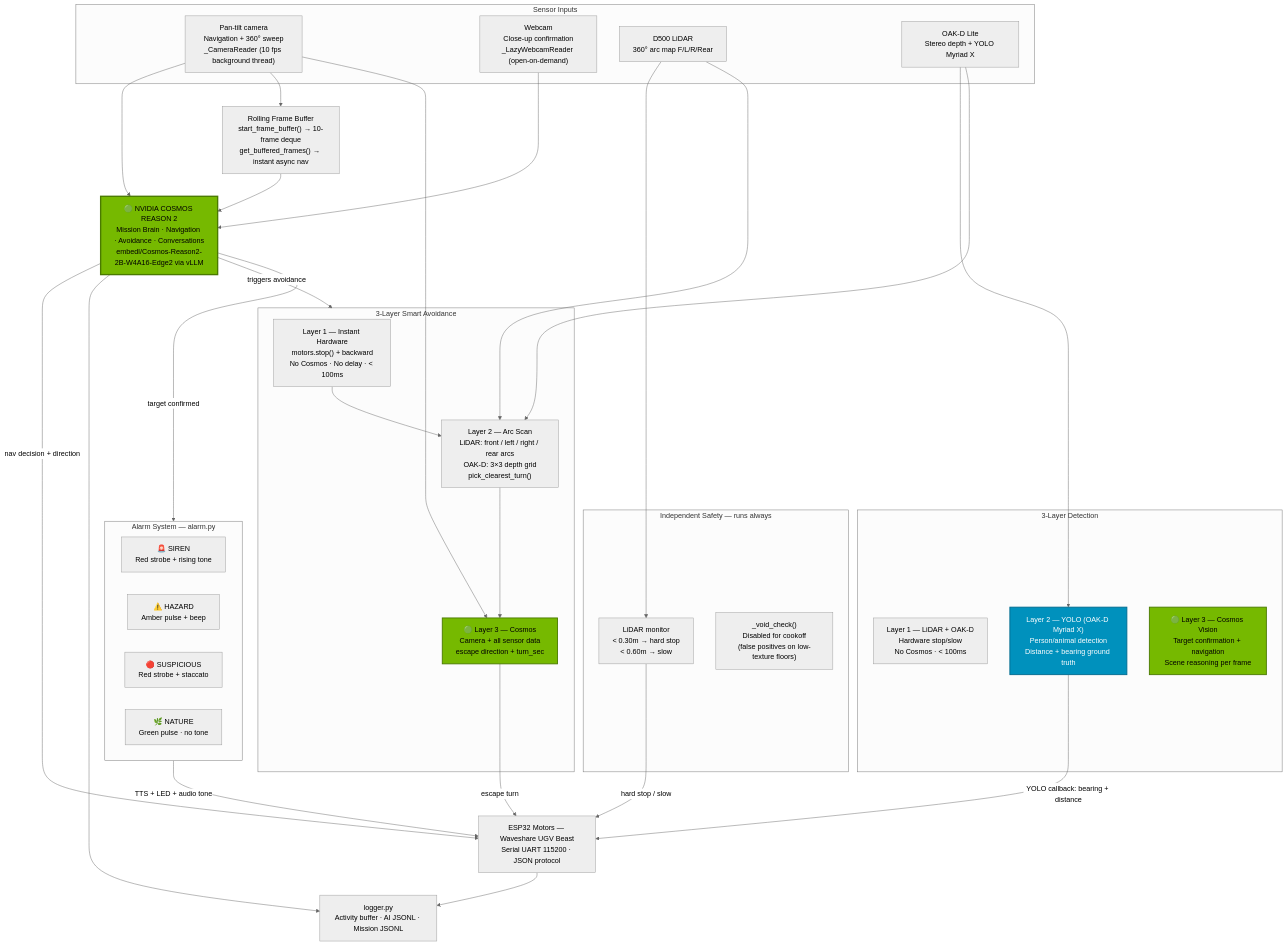
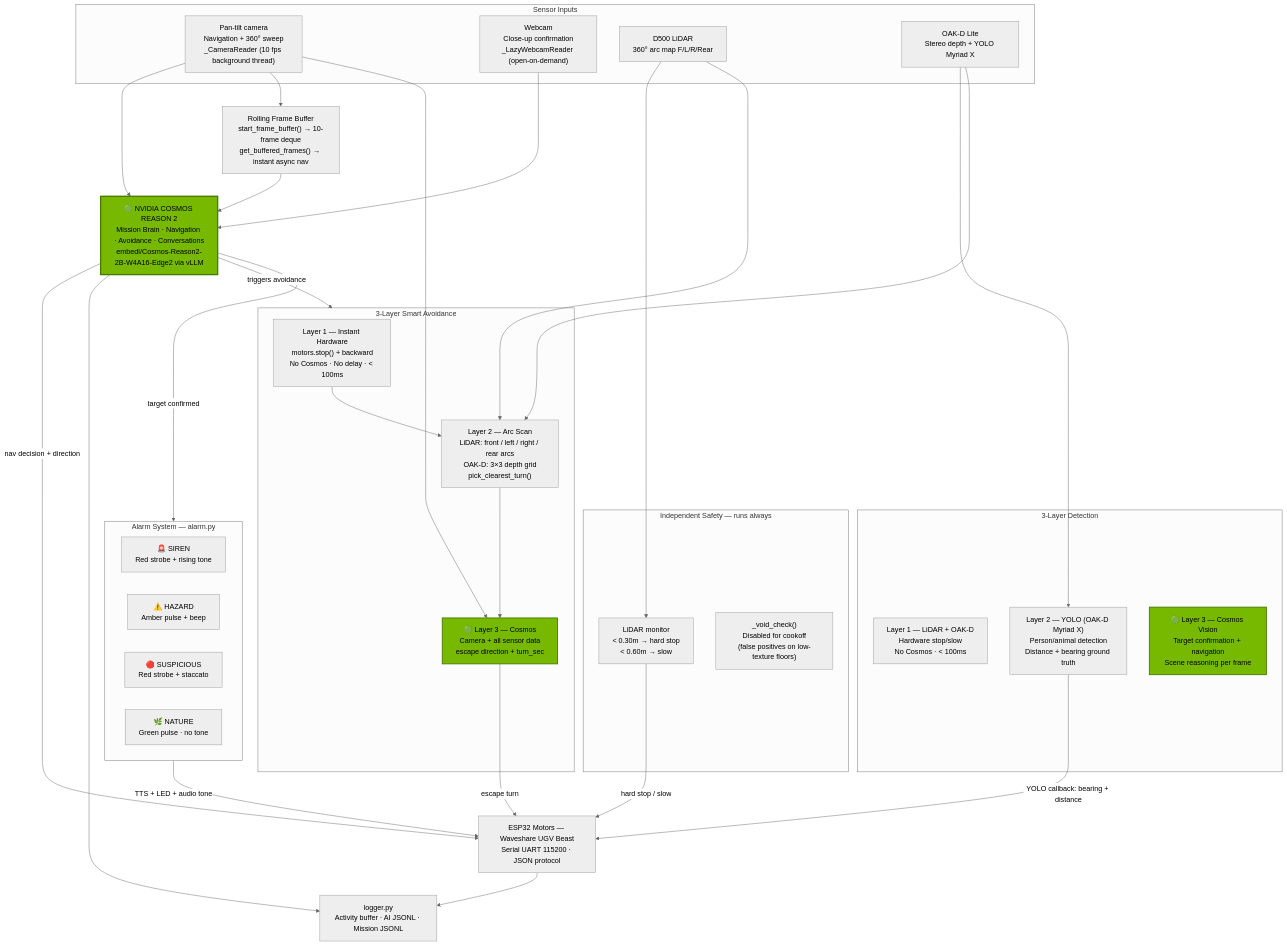
One commit to OppaAI/eric changed the first of 3 diagrams in docs/ARCHITECTURE.md. Above: the diagram before and after it, drawn with Mermaid (neutral theme).

````diff
--- a/docs/ARCHITECTURE.md
+++ b/docs/ARCHITECTURE.md
@@ -9,60 +9,59 @@
 ```mermaid
 flowchart TD
     COSMOS["🟢 NVIDIA COSMOS REASON 2\nMission Brain · Navigation · Avoidance · Conversations\nembedl/Cosmos-Reason2-2B-W4A16-Edge2 via vLLM"]
     style COSMOS fill:#76b900,color:#000,stroke:#4a7a00,stroke-width:3px
 
     subgraph SENSORS["Sensor Inputs"]
         CAM2["Pan-tilt camera\nNavigation + 360° sweep\n_CameraReader (10 fps background thread)"]
         CAM1["Webcam\nClose-up confirmation\n_LazyWebcamReader (open-on-demand)"]
         LIDAR["D500 LiDAR\n360° arc map F/L/R/Rear"]
         OAKD["OAK-D Lite\nStereo depth + YOLO Myriad X"]
     end
 
     subgraph DETECTION["3-Layer Detection"]
         L1["Layer 1 — LiDAR + OAK-D\nHardware stop/slow\nNo Cosmos · < 100ms"]
         L2["Layer 2 — YOLO (OAK-D Myriad X)\nPerson/animal detection\nDistance + bearing ground truth"]
         L3["🟢 Layer 3 — Cosmos Vision\nTarget confirmation + navigation\nScene reasoning per frame"]
-        style L2 fill:#0091BD,color:#fff,stroke:#006a8e,stroke-width:2px
         style L3 fill:#76b900,color:#000,stroke:#4a7a00,stroke-width:2px
     end
 
     subgraph AVOIDANCE["3-Layer Smart Avoidance"]
         AV1["Layer 1 — Instant Hardware\nmotors.stop() + backward\nNo Cosmos · No delay · < 100ms"]
         AV2["Layer 2 — Arc Scan\nLiDAR: front / left / right / rear arcs\nOAK-D: 3×3 depth grid\npick_clearest_turn()"]
         AV3["🟢 Layer 3 — Cosmos\nCamera + all sensor data\nescape direction + turn_sec"]
         style AV3 fill:#76b900,color:#000,stroke:#4a7a00,stroke-width:2px
         AV1 --> AV2 --> AV3
     end
 
     subgraph SAFETY["Independent Safety — runs always"]
         LIDAR_MON["LiDAR monitor\n< 0.30m → hard stop\n< 0.60m → slow"]
         VOID["_void_check()\nDisabled for cookoff\n(false positives on low-texture floors)"]
     end
 
     subgraph ALARM["Alarm System — alarm.py"]
         SIREN["🚨 SIREN\nRed strobe + rising tone"]
         HAZARD["⚠️ HAZARD\nAmber pulse + beep"]
         SUSP["🔴 SUSPICIOUS\nRed strobe + staccato"]
         NATURE["🌿 NATURE\nGreen pulse · no tone"]
     end
 
     MOTORS["ESP32 Motors — Waveshare UGV Beast\nSerial UART 115200 · JSON protocol"]
     LOGGER["logger.py\nActivity buffer · AI JSONL · Mission JSONL"]
     BUF["Rolling Frame Buffer\nstart_frame_buffer() → 10-frame deque\nget_buffered_frames() → instant async nav"]
 
     CAM1 & CAM2 --> COSMOS
     CAM2 --> BUF --> COSMOS
     LIDAR --> LIDAR_MON & AV2
     OAKD --> L2 & AV2
     CAM2 --> AV3
 
     COSMOS -->|"nav decision + direction"| MOTORS
     COSMOS -->|"triggers avoidance"| AVOIDANCE
     COSMOS -->|"target confirmed"| ALARM
     L2 -->|"YOLO callback: bearing + distance"| MOTORS
     AV3 -->|"escape turn"| MOTORS
     LIDAR_MON -->|"hard stop / slow"| MOTORS
     ALARM -->|"TTS + LED + audio tone"| MOTORS
     COSMOS --> LOGGER
     MOTORS --> LOGGER
 ```
````
